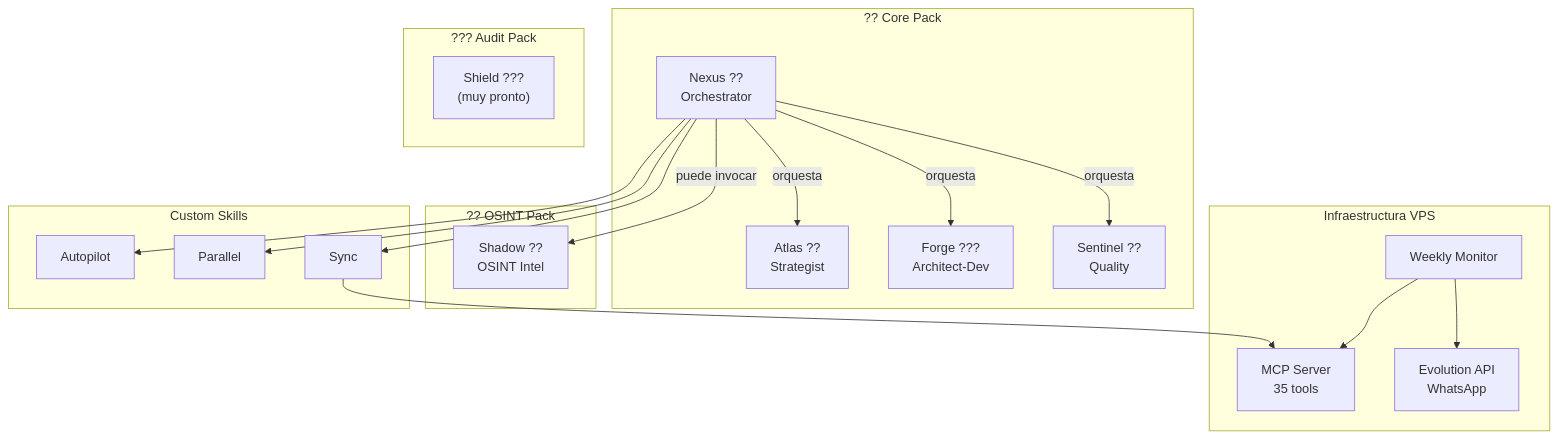
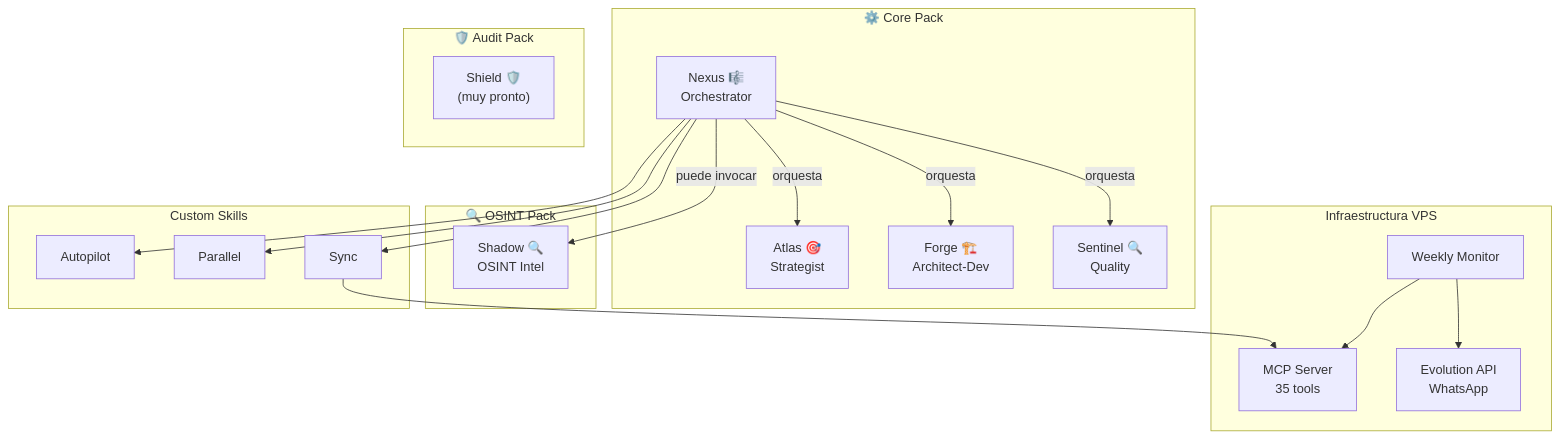
Before and after one commit to lrochetta/BMAD-PLUS: the diagram in readme-international/README.es.md, drawn with Mermaid. The commit also changed other lines of this file and 4 other files, not shown here.

````diff
--- a/readme-international/README.es.md
+++ b/readme-international/README.es.md
@@ -158,42 +124,42 @@
 ```mermaid
 graph TB
-    subgraph Core["?? Core Pack"]
-        AT[Atlas ??<br/>Strategist]
-        FG[Forge ???<br/>Architect-Dev]
-        SN[Sentinel ??<br/>Quality]
-        NX[Nexus ??<br/>Orchestrator]
+    subgraph Core["⚙️ Core Pack"]
+        AT[Atlas 🎯<br/>Strategist]
+        FG[Forge 🏗️<br/>Architect-Dev]
+        SN[Sentinel 🔍<br/>Quality]
+        NX[Nexus 🎼<br/>Orchestrator]
     end
 
-    subgraph OSINT["?? OSINT Pack"]
-        SH[Shadow ??<br/>OSINT Intel]
+    subgraph OSINT["🔍 OSINT Pack"]
+        SH[Shadow 🔍<br/>OSINT Intel]
     end
 
-    subgraph Audit["??? Audit Pack"]
-        SD["Shield ???<br/>(muy pronto)"]
+    subgraph Audit["🛡️ Audit Pack"]
+        SD["Shield 🛡️<br/>(muy pronto)"]
     end
 
     NX -->|orquesta| AT
     NX -->|orquesta| FG
     NX -->|orquesta| SN
     NX -->|puede invocar| SH
 
     subgraph Skills["Custom Skills"]
         AP[Autopilot]
         PL[Parallel]
         SY[Sync]
     end
 
     NX --> AP
     NX --> PL
     NX --> SY
 
     subgraph VPS["Infraestructura VPS"]
         MCP[MCP Server<br/>35 tools]
         EVO[Evolution API<br/>WhatsApp]
         MON[Weekly Monitor]
     end
 
     SY --> MCP
     MON --> EVO
     MON --> MCP
 ```
````
